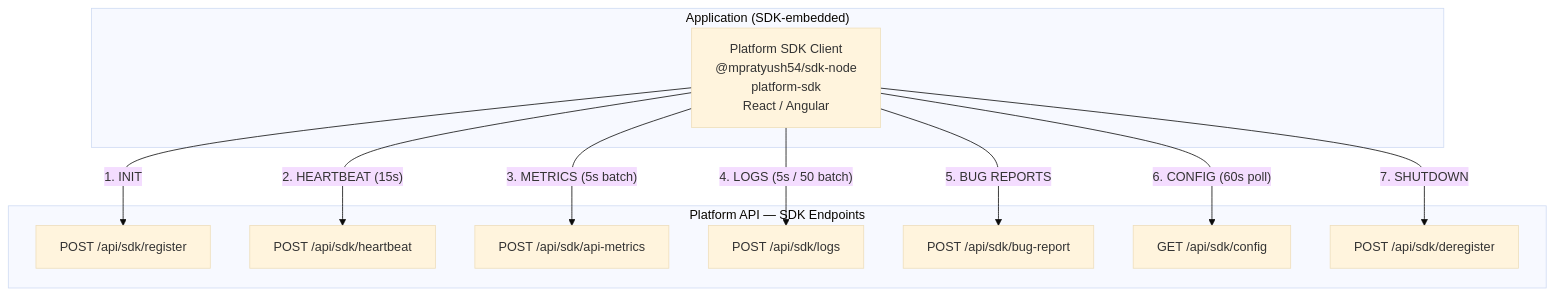
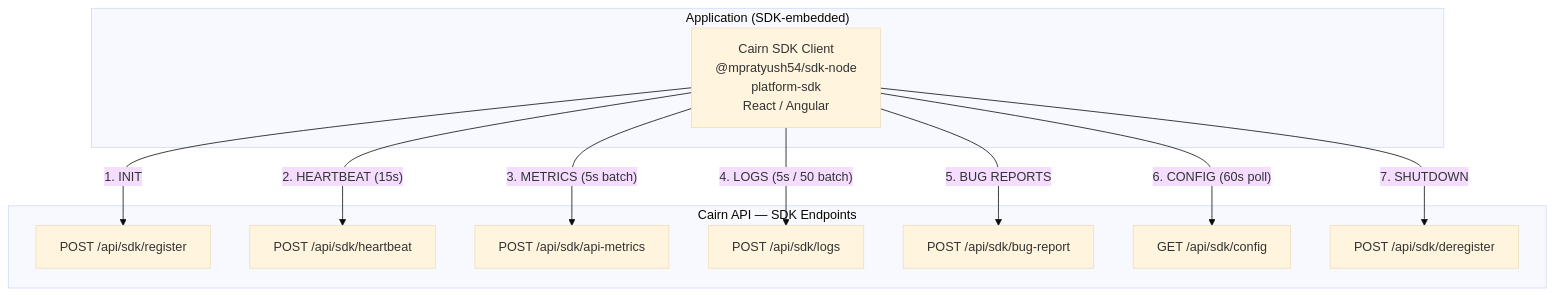
Before and after one commit to Mpratyush54/server-automation: the first of 5 diagrams in platform/portal/public/docs/architecture/sdk-lifecycle.md, drawn with Mermaid (base theme). The commit also changed 81 other files, not shown here.

````diff
--- a/platform/portal/public/docs/architecture/sdk-lifecycle.md
+++ b/platform/portal/public/docs/architecture/sdk-lifecycle.md
@@ -7,24 +7,24 @@
 ```mermaid
 graph TB
     subgraph App["Application (SDK-embedded)"]
-        SDK["Platform SDK Client<br/>@mpratyush54/sdk-node<br/>platform-sdk<br/>React / Angular"]
+        SDK["Cairn SDK Client<br/>@mpratyush54/sdk-node<br/>platform-sdk<br/>React / Angular"]
     end
 
-    subgraph API["Platform API — SDK Endpoints"]
+    subgraph API["Cairn API — SDK Endpoints"]
         REG["POST /api/sdk/register"]
         HB["POST /api/sdk/heartbeat"]
         MET["POST /api/sdk/api-metrics"]
         LOG["POST /api/sdk/logs"]
         BUG["POST /api/sdk/bug-report"]
         CFG["GET /api/sdk/config"]
         DEREG["POST /api/sdk/deregister"]
     end
 
     SDK -- "1. INIT" --> REG
     SDK -- "2. HEARTBEAT (15s)" --> HB
     SDK -- "3. METRICS (5s batch)" --> MET
     SDK -- "4. LOGS (5s / 50 batch)" --> LOG
     SDK -- "5. BUG REPORTS" --> BUG
     SDK -- "6. CONFIG (60s poll)" --> CFG
     SDK -- "7. SHUTDOWN" --> DEREG
 ```
````
